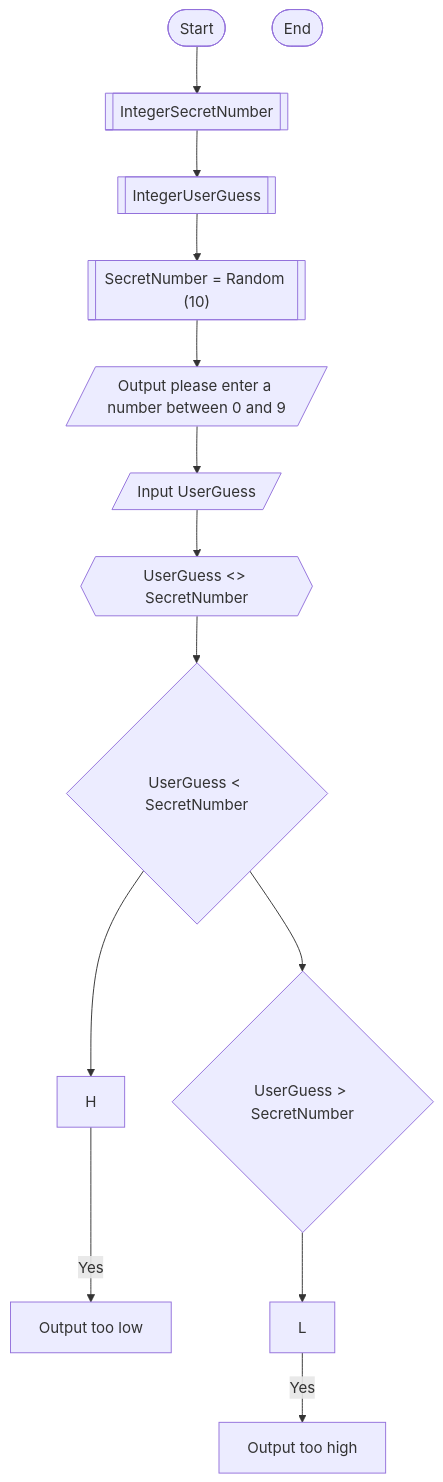
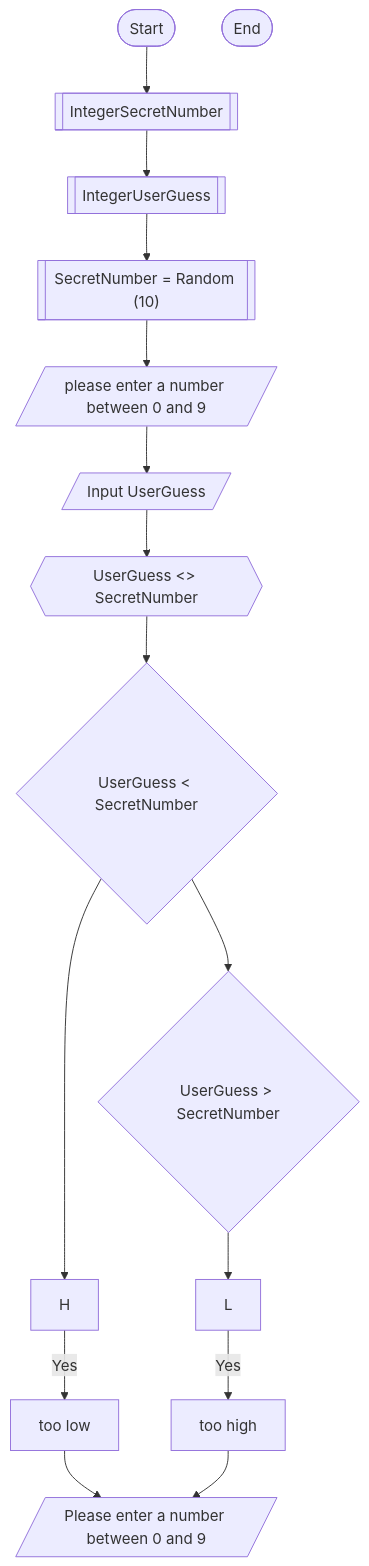
The diagram in Guessing.md (njedwards1872/njedwards1872.github.io), drawn with Mermaid before and after one commit.

````diff
--- a/Guessing.md
+++ b/Guessing.md
@@ -1,15 +1,17 @@
 ```mermaid
 flowchart TD
  Start([Start]) --> 
     A@{ shape: subproc, label: "IntegerSecretNumber" } -->
     B@{ shape: subproc, label: "IntegerUserGuess" } -->
     C@{ shape: subproc, label: "SecretNumber = Random (10)" } --> 
-    D@{ shape: lean-r, label: "Output please enter a number between 0 and 9" } -->
+    D@{ shape: lean-r, label: "please enter a number between 0 and 9" } -->
     E@{ shape: lean-r, label: "Input UserGuess" } -->
     F@{ shape: hex, label: "UserGuess <> SecretNumber" } -->  G{"UserGuess < SecretNumber"} -->
-    H -- Yes --> I["Output too low"]
+    H -- Yes --> I["too low"] -->N
     G{"UserGuess < SecretNumber"} -->K{"UserGuess > SecretNumber"} -->
-    L -- Yes --> M["Output too high"]
-    
+    L -- Yes --> M["too high"] -->N
+   
+    N@{ shape: lean-r, label: "Please enter a number between 0 and 9" }
+
  End([End])
 ```
````
